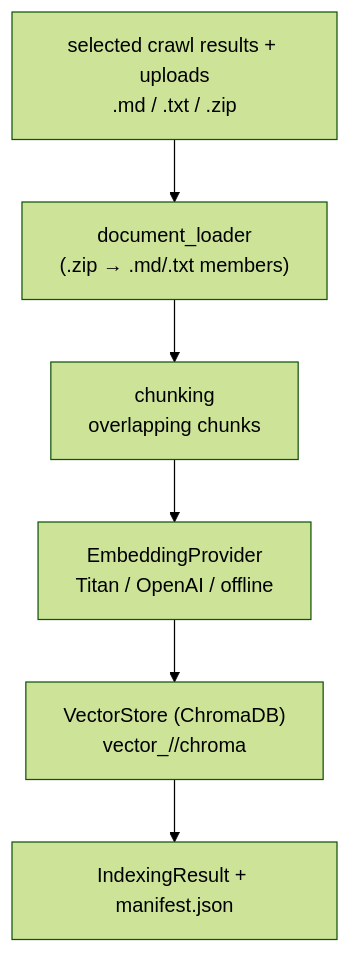
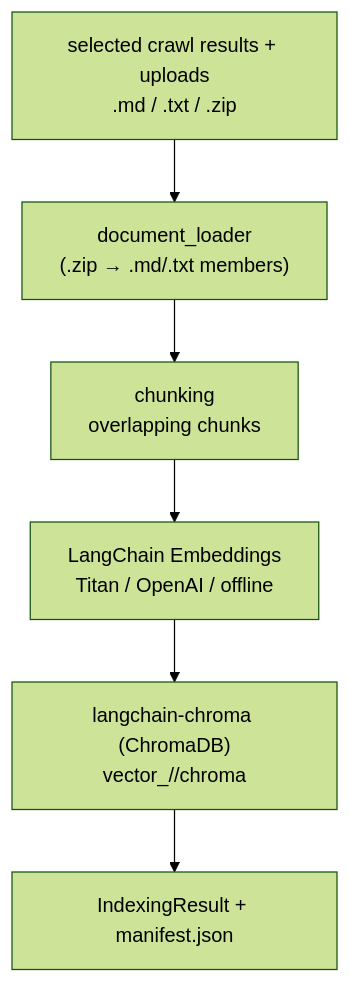
The fourth of 7 diagrams in docs/ARCHITECTURE.md (prakosd/rag-playground), drawn with Mermaid (forest theme) before and after one commit. The commit also changed other lines of this file and 65 other files, not shown here.

````diff
--- a/docs/ARCHITECTURE.md
+++ b/docs/ARCHITECTURE.md
@@ -61,8 +66,8 @@
 ```mermaid
 flowchart TD
   Inputs["selected crawl results + uploads<br/>.md / .txt / .zip"] --> Loader["document_loader<br/>(.zip → .md/.txt members)"]
   Loader --> Chunker["chunking<br/>overlapping chunks"]
-  Chunker --> Embed["EmbeddingProvider<br/>Titan / OpenAI / offline"]
-  Embed --> Store["VectorStore (ChromaDB)<br/>vector_<id>/<timestamp>/chroma"]
+  Chunker --> Embed["LangChain Embeddings<br/>Titan / OpenAI / offline"]
+  Embed --> Store["langchain-chroma (ChromaDB)<br/>vector_<id>/<timestamp>/chroma"]
   Store --> Result["IndexingResult + manifest.json"]
 ```
````
